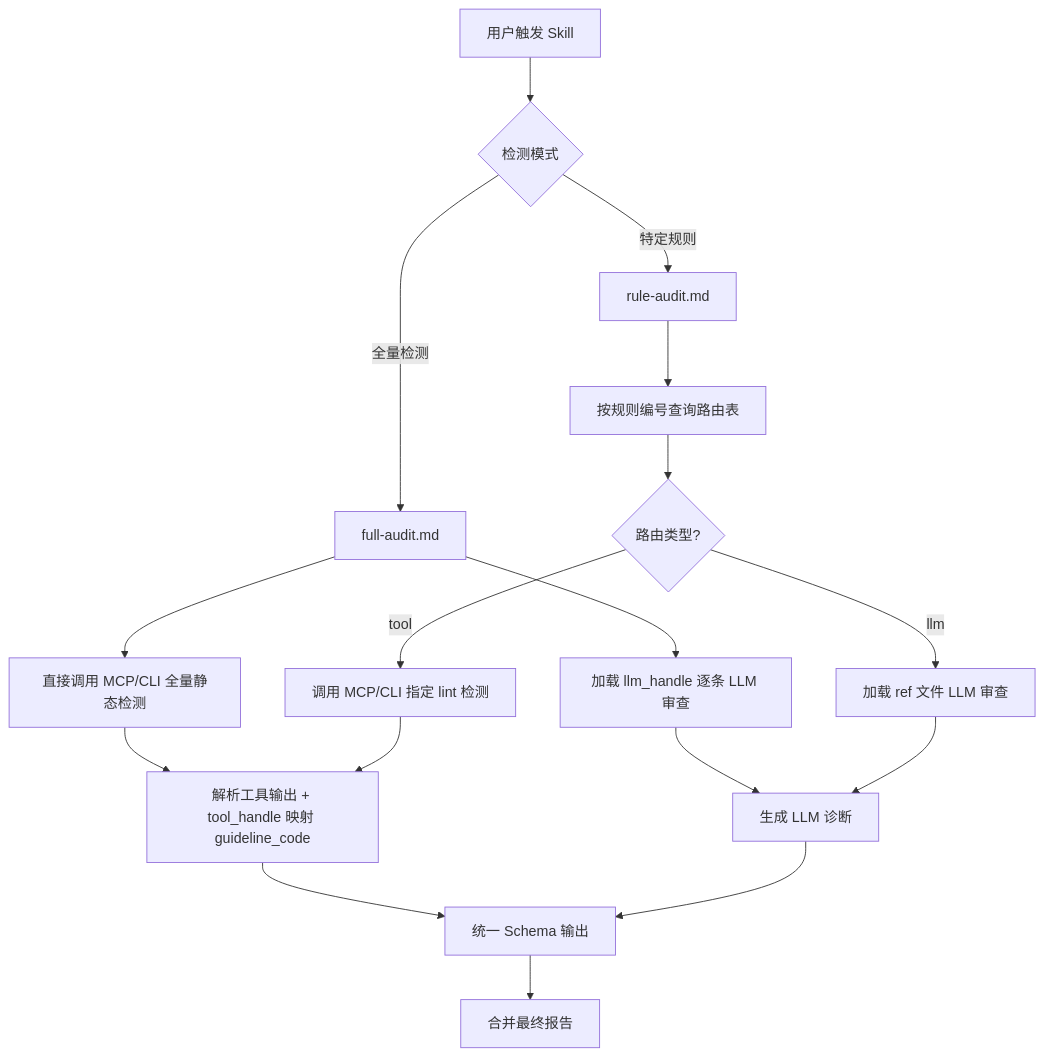
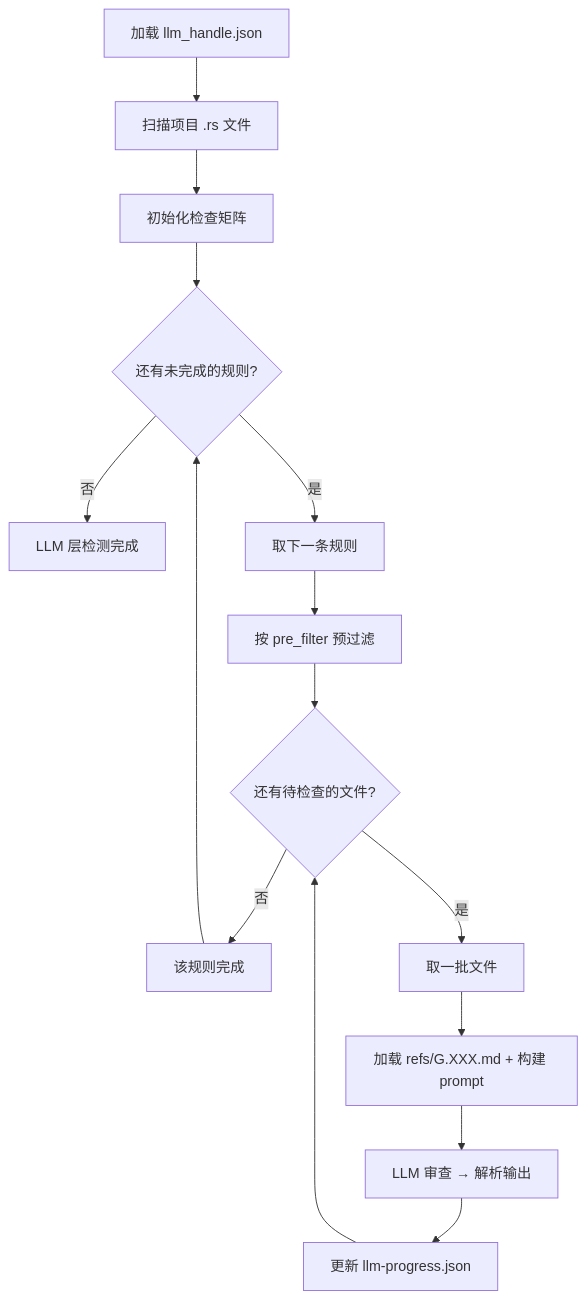
The second of 3 diagrams in plans/architecture.md (LeeLiangmin/rust-coding-guideline-skills), drawn with Mermaid before and after one commit. The commit also changed other lines of this file and 30 other files, not shown here.

````diff
--- a/plans/architecture.md
+++ b/plans/architecture.md
@@ -21,23 +243,17 @@
 ```mermaid
 flowchart TD
-    A[用户触发 Skill] --> B{检测模式}
-    B -->|全量检测| C[full-audit.md]
-    B -->|特定规则| D[rule-audit.md]
-    
-    C --> E[直接调用 MCP/CLI 全量静态检测]
-    C --> F[加载 llm_handle 逐条 LLM 审查]
-    
-    D --> G[按规则编号查询路由表]
-    G --> J{路由类型?}
-    J -->|tool| H[调用 MCP/CLI 指定 lint 检测]
-    J -->|llm| I[加载 ref 文件 LLM 审查]
-    
-    E --> K[解析工具输出 + tool_handle 映射 guideline_code]
-    H --> K
-    F --> L[生成 LLM 诊断]
-    I --> L
-    
-    K --> M[统一 Schema 输出]
-    L --> M
-    M --> N[合并最终报告]
+    A[加载 llm_handle.json] --> B[扫描项目 .rs 文件]
+    B --> C[初始化检查矩阵]
+    C --> D{还有未完成的规则?}
+    D -->|否| E[LLM 层检测完成]
+    D -->|是| F[取下一条规则]
+    F --> G[按 pre_filter 预过滤]
+    G --> H{还有待检查的文件?}
+    H -->|否| I[该规则完成]
+    H -->|是| J[取一批文件]
+    J --> K[加载 refs/G.XXX.md + 构建 prompt]
+    K --> L[LLM 审查 → 解析输出]
+    L --> M[更新 llm-progress.json]
+    M --> H
+    I --> D
 ```
````
